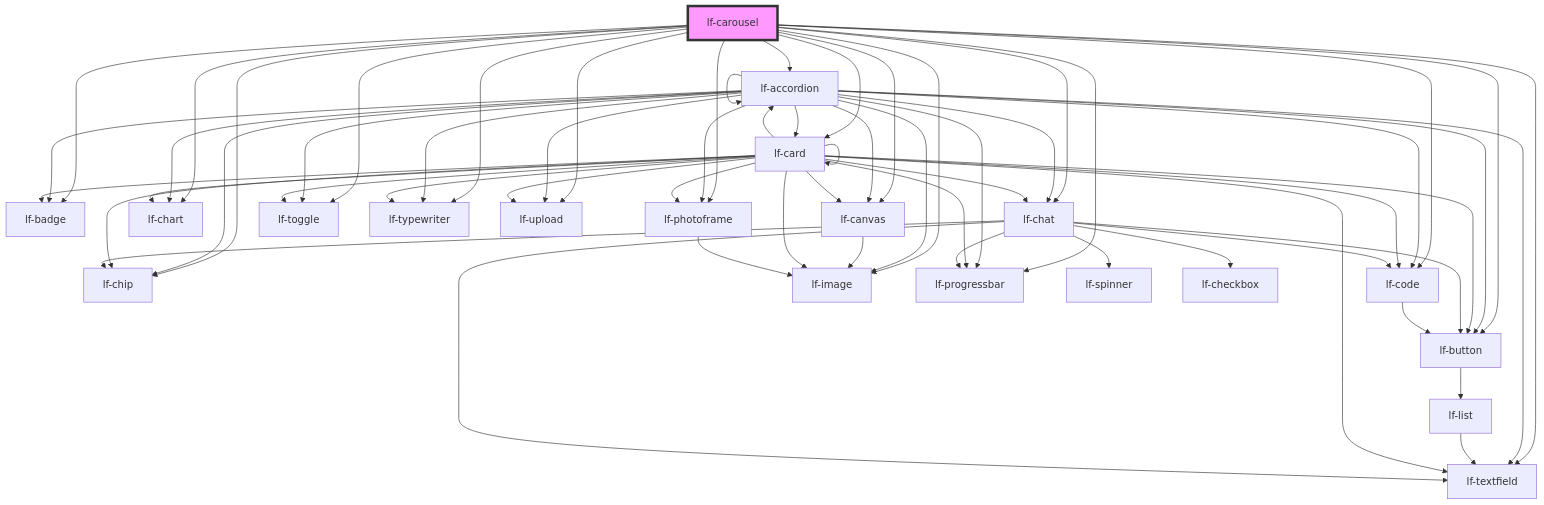
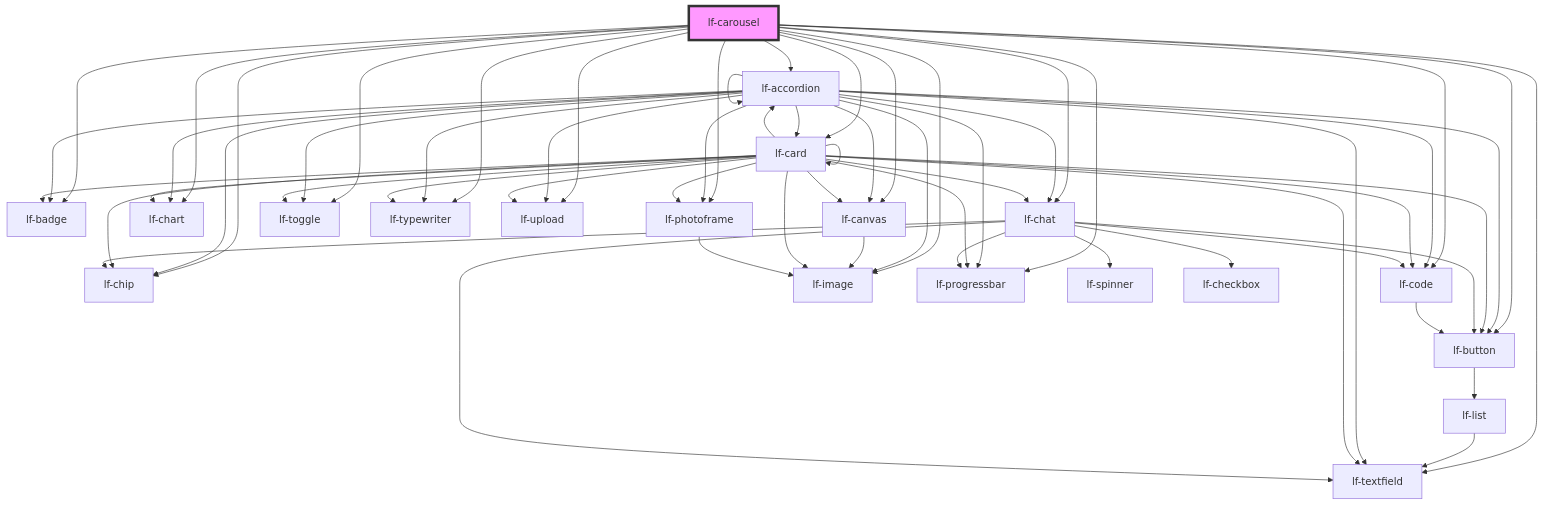
One commit to lucafoscili/lf-widgets changed the diagram in packages/core/src/components/lf-carousel/readme.md. Above: the diagram before and after it, drawn with Mermaid. The commit also changed other lines of this file and 191 other files, not shown here.

First line of the commit message:
chore: Refactor to functional component architecture for UI

````diff
--- a/packages/core/src/components/lf-carousel/readme.md
+++ b/packages/core/src/components/lf-carousel/readme.md
@@ -157,64 +160,64 @@
 ```mermaid
 graph TD;
+  lf-carousel --> lf-button
   lf-carousel --> lf-accordion
   lf-carousel --> lf-badge
-  lf-carousel --> lf-button
   lf-carousel --> lf-canvas
   lf-carousel --> lf-card
   lf-carousel --> lf-chart
   lf-carousel --> lf-chat
   lf-carousel --> lf-chip
   lf-carousel --> lf-code
   lf-carousel --> lf-image
   lf-carousel --> lf-photoframe
   lf-carousel --> lf-progressbar
   lf-carousel --> lf-textfield
   lf-carousel --> lf-toggle
   lf-carousel --> lf-typewriter
   lf-carousel --> lf-upload
+  lf-button --> lf-list
+  lf-list --> lf-textfield
   lf-accordion --> lf-accordion
   lf-accordion --> lf-badge
   lf-accordion --> lf-button
   lf-accordion --> lf-canvas
   lf-accordion --> lf-card
   lf-accordion --> lf-chart
   lf-accordion --> lf-chat
   lf-accordion --> lf-chip
   lf-accordion --> lf-code
   lf-accordion --> lf-image
   lf-accordion --> lf-photoframe
   lf-accordion --> lf-progressbar
   lf-accordion --> lf-textfield
   lf-accordion --> lf-toggle
   lf-accordion --> lf-typewriter
   lf-accordion --> lf-upload
-  lf-button --> lf-list
-  lf-list --> lf-textfield
   lf-canvas --> lf-image
   lf-card --> lf-accordion
   lf-card --> lf-badge
   lf-card --> lf-button
   lf-card --> lf-canvas
   lf-card --> lf-card
   lf-card --> lf-chart
   lf-card --> lf-chat
   lf-card --> lf-chip
   lf-card --> lf-code
   lf-card --> lf-image
   lf-card --> lf-photoframe
   lf-card --> lf-progressbar
   lf-card --> lf-textfield
   lf-card --> lf-toggle
   lf-card --> lf-typewriter
   lf-card --> lf-upload
   lf-chat --> lf-chip
   lf-chat --> lf-button
   lf-chat --> lf-textfield
   lf-chat --> lf-spinner
   lf-chat --> lf-code
   lf-chat --> lf-progressbar
   lf-chat --> lf-checkbox
   lf-code --> lf-button
   lf-photoframe --> lf-image
   style lf-carousel fill:#f9f,stroke:#333,stroke-width:4px
 ```
````
